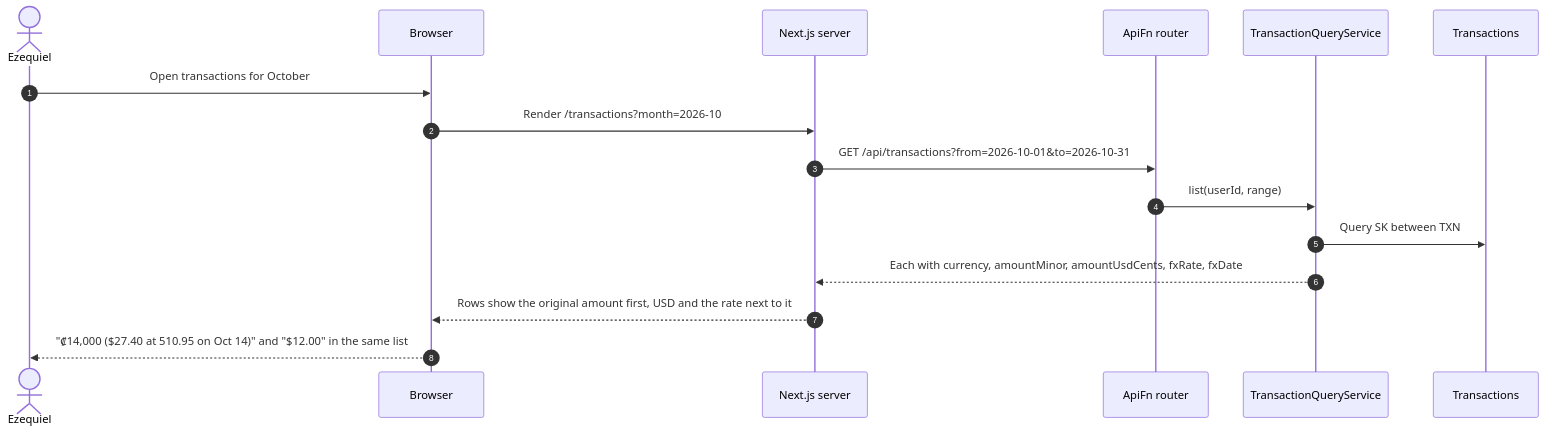
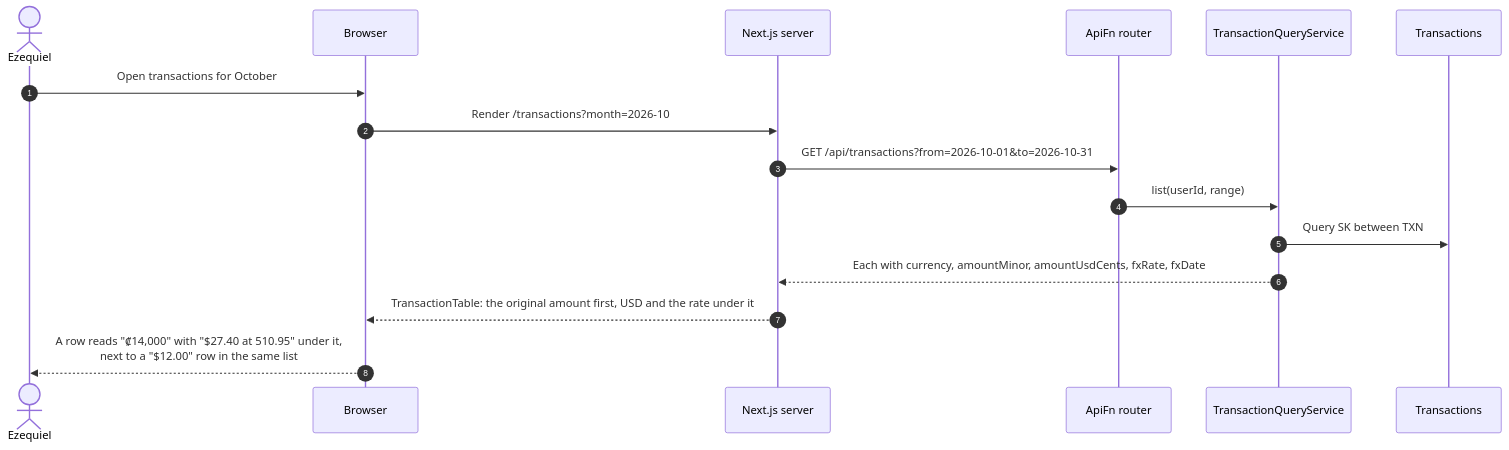
One commit to Ezequiel294/cs3365-finance-app changed the first of 3 diagrams in docs/diagrams/sequences/05-multi-currency-and-roles.md. Above: the diagram before and after it, drawn with Mermaid. The commit also changed 18 other files, not shown here.

Commit message:
attempt 3 design/architecture changes

````diff
--- a/docs/diagrams/sequences/05-multi-currency-and-roles.md
+++ b/docs/diagrams/sequences/05-multi-currency-and-roles.md
@@ -19,19 +19,19 @@
 ```mermaid
 sequenceDiagram
     autonumber
     actor U as Ezequiel
     participant UI as Browser
     participant Web as Next.js server
     participant API as ApiFn router
     participant TQ as TransactionQueryService
     participant Tx as Transactions
 
     U->>UI: Open transactions for October
     UI->>Web: Render /transactions?month=2026-10
     Web->>API: GET /api/transactions?from=2026-10-01&to=2026-10-31
     API->>TQ: list(userId, range)
     TQ->>Tx: Query SK between TXN#2026-10-01 and TXN#2026-10-31~
     TQ-->>Web: Each with currency, amountMinor, amountUsdCents, fxRate, fxDate
-    Web-->>UI: Rows show the original amount first, USD and the rate next to it
-    UI-->>U: "₡14,000 ($27.40 at 510.95 on Oct 14)" and "$12.00" in the same list
+    Web-->>UI: TransactionTable: the original amount first, USD and the rate under it
+    UI-->>U: A row reads "₡14,000" with "$27.40 at 510.95" under it,<br/>next to a "$12.00" row in the same list
 ```
````
